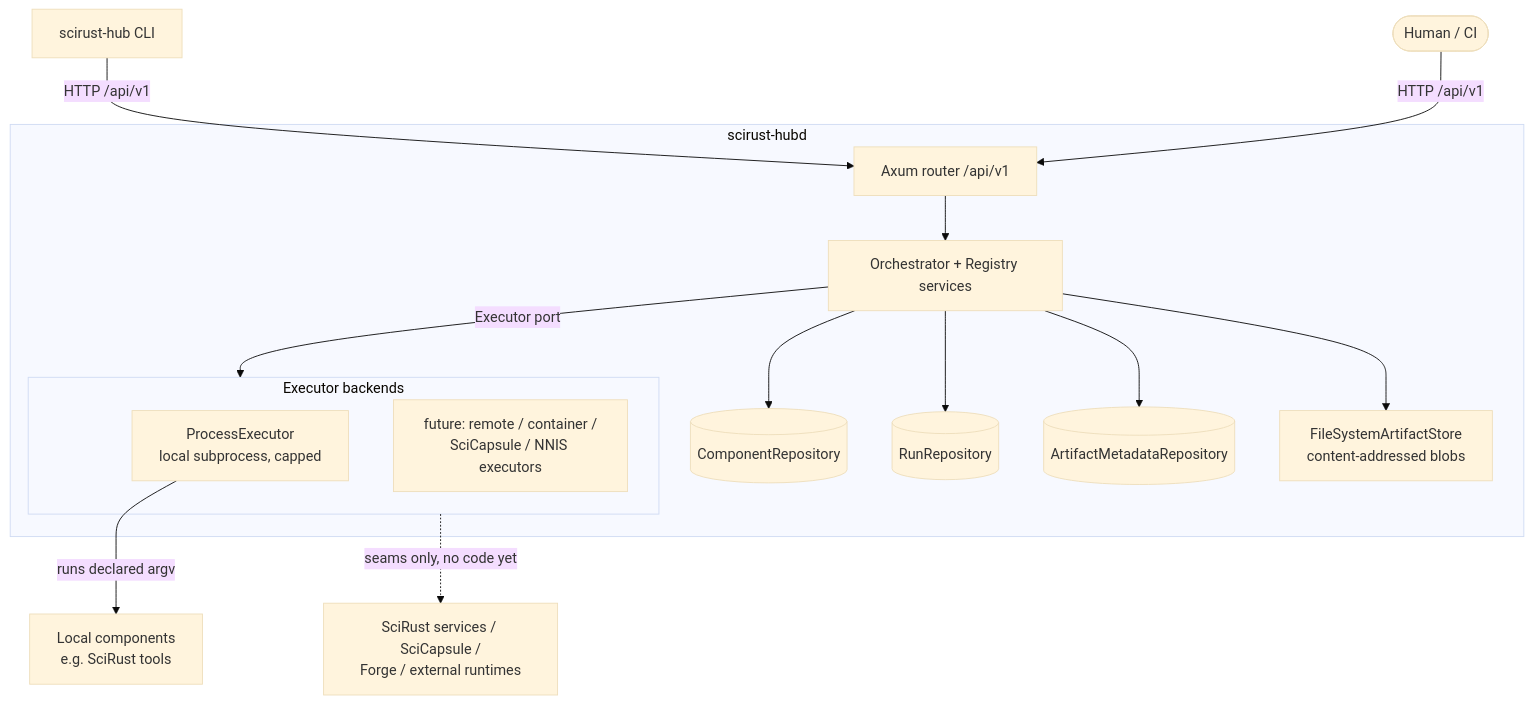
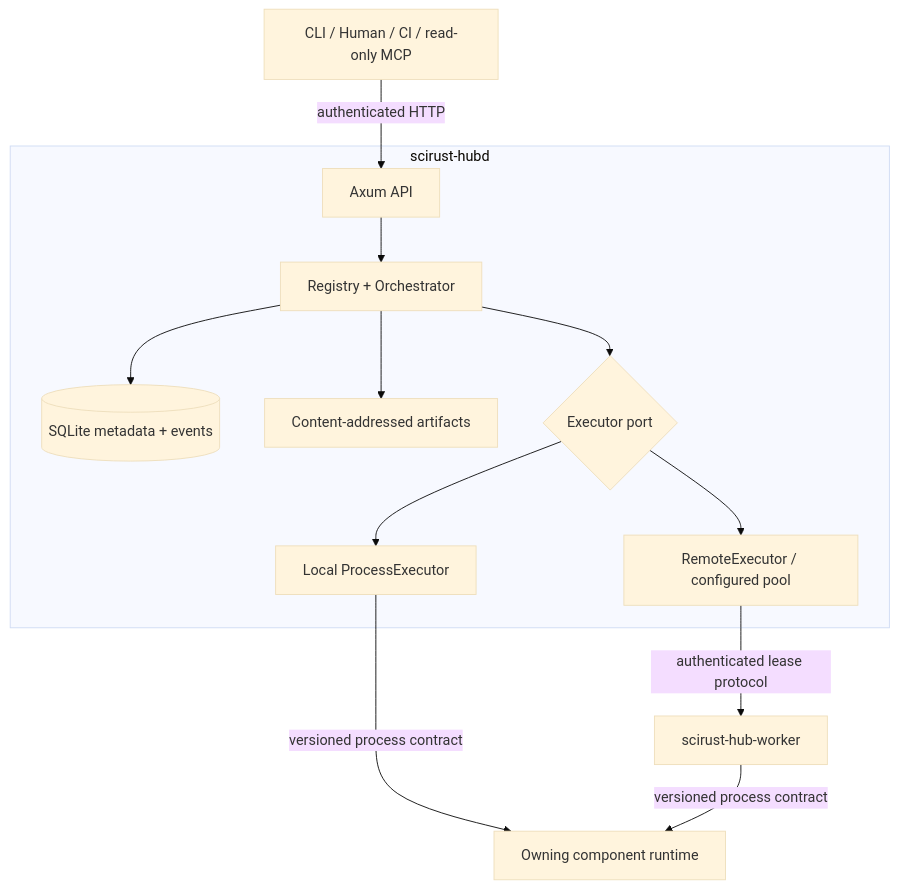
One commit to Memorithm/scirust-hub changed the diagram in docs/architecture/INTEGRATION_MODEL.md. Above: the diagram before and after it, drawn with Mermaid (base theme). The commit also changed other lines of this file and 1 other file, not shown here.

````diff
--- a/docs/architecture/INTEGRATION_MODEL.md
+++ b/docs/architecture/INTEGRATION_MODEL.md
@@ -7,21 +7,15 @@
 ```mermaid
 flowchart TD
-    CLI[scirust-hub CLI] -->|HTTP /api/v1| API
-    User([Human / CI]) -->|HTTP /api/v1| API
-
+    CLIENT[CLI / Human / CI / read-only MCP] -->|authenticated HTTP| API
     subgraph Daemon[scirust-hubd]
-        API[Axum router /api/v1] --> SVC[Orchestrator + Registry services]
-        SVC --> REG[(ComponentRepository)]
-        SVC --> RUNS[(RunRepository)]
-        SVC --> AMETA[(ArtifactMetadataRepository)]
-        SVC -->|Executor port| EX
-        subgraph EX[Executor backends]
-            PEX[ProcessExecutor\nlocal subprocess, capped]
-            FUT[future: remote / container /\nSciCapsule / NNIS executors]
-        end
-        SVC --> ASTORE[FileSystemArtifactStore\ncontent-addressed blobs]
+        API[Axum API] --> SVC[Registry + Orchestrator]
+        SVC --> STORE[(SQLite metadata + events)]
+        SVC --> BLOB[Content-addressed artifacts]
+        SVC --> EX{Executor port}
+        EX --> LOCAL[Local ProcessExecutor]
+        EX --> REMOTE[RemoteExecutor / configured pool]
     end
-
-    PEX -->|runs declared argv| COMP[Local components\ne.g. SciRust tools]
-    EX -.->|seams only, no code yet| OTHER[SciRust services / SciCapsule /\nForge / external runtimes]
+    REMOTE -->|authenticated lease protocol| WORKER[scirust-hub-worker]
+    LOCAL -->|versioned process contract| COMPONENT[Owning component runtime]
+    WORKER -->|versioned process contract| COMPONENT
 ```
````
